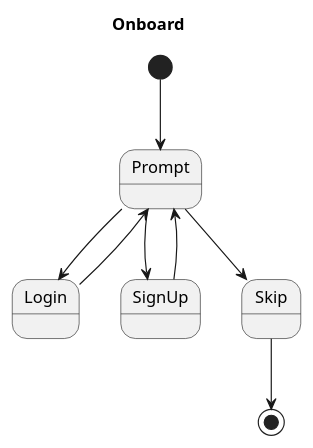
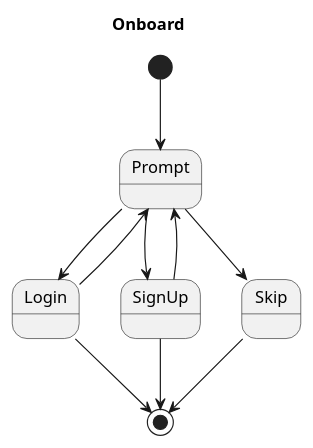
One commit to k10dev/RemoteBees changed the diagram in RemoteBeesFlow/flow/src/main/flows/Onboard.puml. Above: the diagram before and after it, drawn with PlantUML. The commit also changed 21 other files, not shown here.

Commit message:
Stub out flow controllers and corresponding views.

```diff
--- a/RemoteBeesFlow/flow/src/main/flows/Onboard.puml
+++ b/RemoteBeesFlow/flow/src/main/flows/Onboard.puml
@@ -1,16 +1,18 @@
 @startuml
 
 title Onboard
 
 [*] --> Prompt
 
 Prompt --> Login
 Prompt --> SignUp
 Prompt --> Skip
 
 Login --> Prompt
 SignUp --> Prompt
 
+Login --> [*]
+SignUp --> [*]
 Skip --> [*]
 
 @enduml
```
